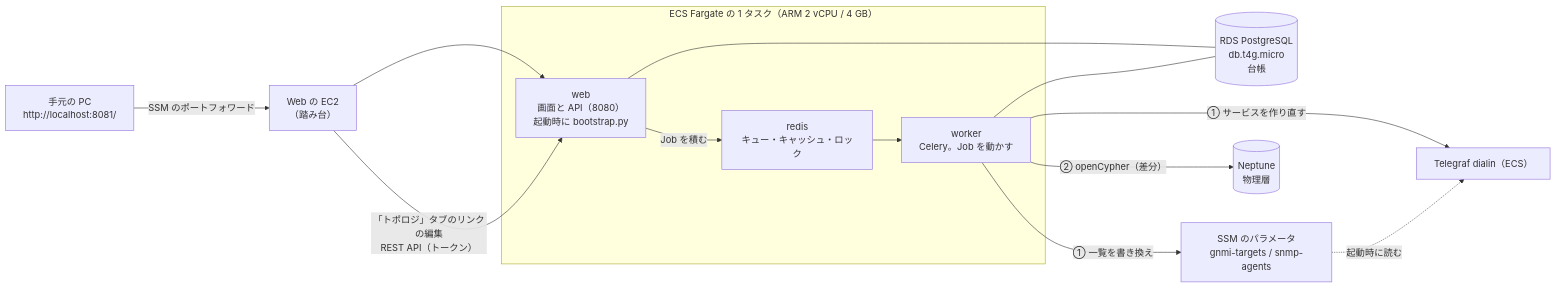
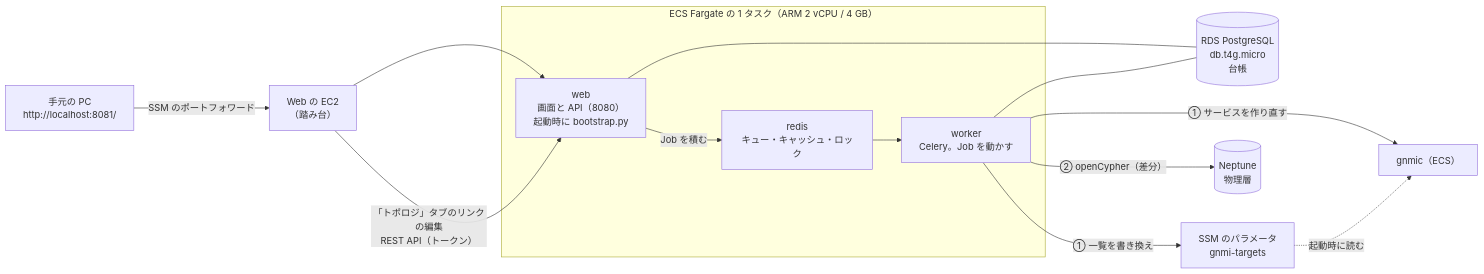
One commit to eddie-eights/nwc-poc changed the first of 4 diagrams in docs/nautobot.md. Above: the diagram before and after it, drawn with Mermaid. The commit also changed other lines of this file and 89 other files, not shown here.

First line of the commit message:
gNMI を gnmic で取り、dial-in をやめる（013）: 第 2 段を終える（telegraf-dialin と SNMP のポーリングを外し、gnmic を足す）

````diff
--- a/docs/nautobot.md
+++ b/docs/nautobot.md
@@ -33,18 +33,18 @@
 ```mermaid
 flowchart LR
   PC["手元の PC<br/>http://localhost:8081/"] -->|"SSM のポートフォワード"| EC2["Web の EC2<br/>（踏み台）"]
   subgraph TASK["ECS Fargate の 1 タスク（ARM 2 vCPU / 4 GB）"]
     WEB["web<br/>画面と API（8080）<br/>起動時に bootstrap.py"]
     WORKER["worker<br/>Celery。Job を動かす"]
     REDIS["redis<br/>キュー・キャッシュ・ロック"]
     WEB -->|"Job を積む"| REDIS --> WORKER
   end
   EC2 --> WEB
   EC2 -->|"「トポロジ」タブのリンクの編集<br/>REST API（トークン）"| WEB
   WEB --- DB[("RDS PostgreSQL<br/>db.t4g.micro<br/>台帳")]
   WORKER --- DB
-  WORKER -->|"① 一覧を書き換え"| SSM["SSM のパラメータ<br/>gnmi-targets / snmp-agents"]
-  WORKER -->|"① サービスを作り直す"| DIALIN["Telegraf dialin（ECS）"]
-  SSM -.->|"起動時に読む"| DIALIN
+  WORKER -->|"① 一覧を書き換え"| SSM["SSM のパラメータ<br/>gnmi-targets"]
+  WORKER -->|"① サービスを作り直す"| GNMIC["gnmic（ECS）"]
+  SSM -.->|"起動時に読む"| GNMIC
   WORKER -->|"② openCypher（差分）"| NEP[("Neptune<br/>物理層")]
 ```
````
